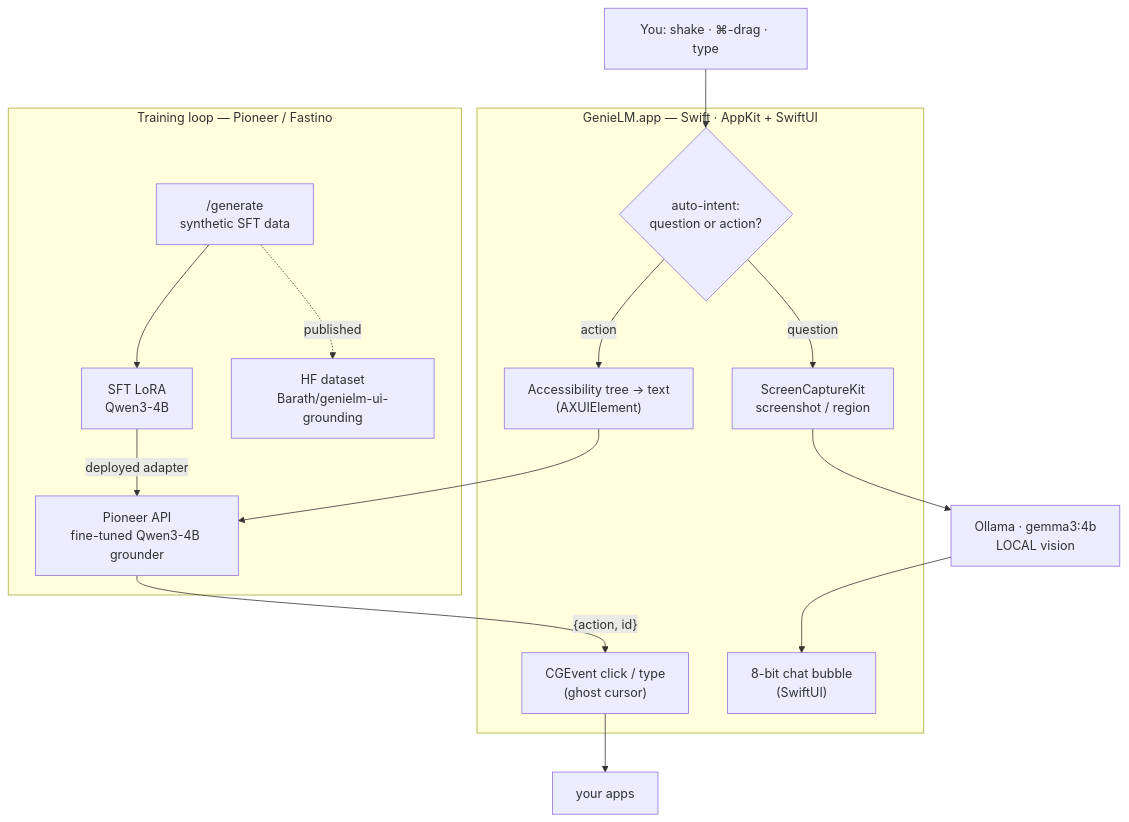
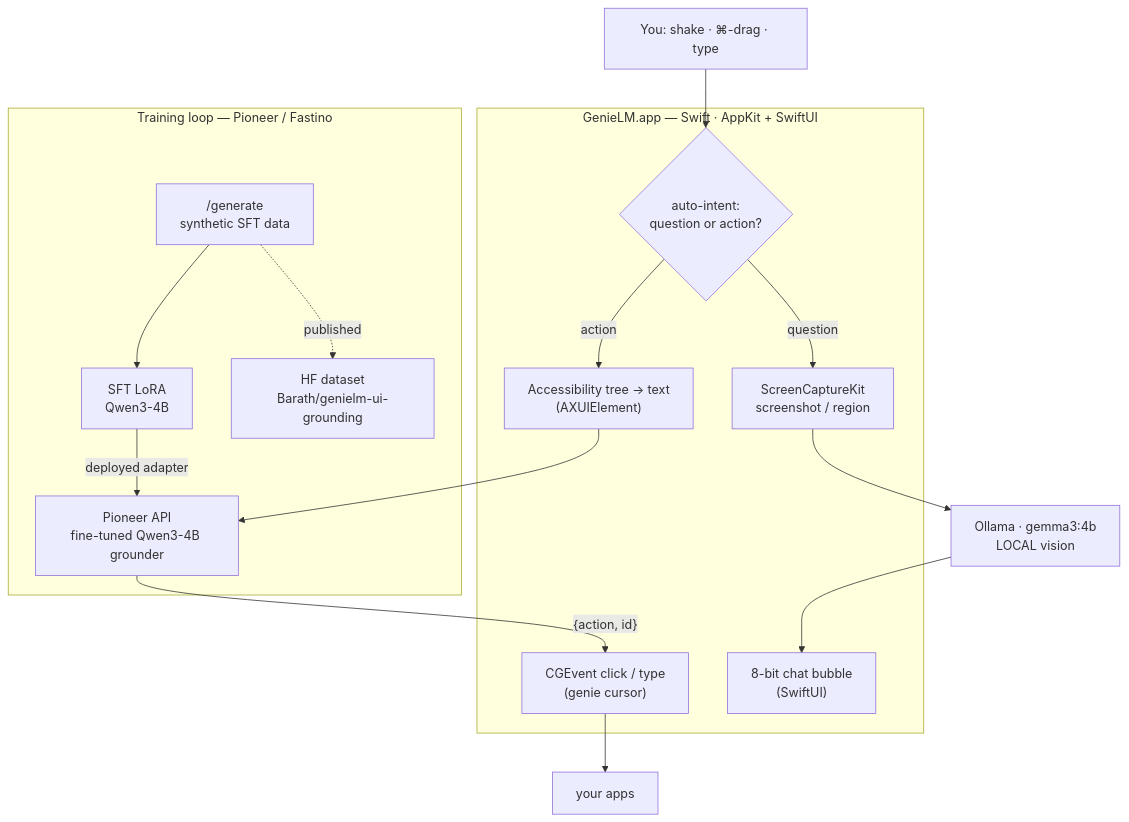
One commit to Barath19/GenieLM changed the diagram in README.md. Above: the diagram before and after it, drawn with Mermaid. The commit also changed other lines of this file and 7 other files, not shown here.

First line of the commit message:
Rename ghost cursor → genie (+ voice control via ⌘M)

````diff
--- a/README.md
+++ b/README.md
@@ -37,27 +37,27 @@
 ```mermaid
 flowchart TD
     U["You: shake · ⌘-drag · type"] --> ROUTE
 
     subgraph APP["GenieLM.app — Swift · AppKit + SwiftUI"]
         ROUTE{"auto-intent:<br/>question or action?"}
         CAP["ScreenCaptureKit<br/>screenshot / region"]
         AX["Accessibility tree → text<br/>(AXUIElement)"]
-        ACT["CGEvent click / type<br/>(ghost cursor)"]
+        ACT["CGEvent click / type<br/>(genie cursor)"]
         BUBBLE["8-bit chat bubble<br/>(SwiftUI)"]
     end
 
     ROUTE -->|question| CAP
     CAP --> GEMMA["Ollama · gemma3:4b<br/>LOCAL vision"]
     GEMMA --> BUBBLE
 
     ROUTE -->|action| AX
     AX --> PIO["Pioneer API<br/>fine-tuned Qwen3-4B grounder"]
     PIO -->|"{action, id}"| ACT
     ACT --> SCREEN["your apps"]
 
     subgraph TRAIN["Training loop — Pioneer / Fastino"]
         GEN["/generate<br/>synthetic SFT data"] --> SFT["SFT LoRA<br/>Qwen3-4B"]
         SFT -->|deployed adapter| PIO
         GEN -.->|published| HF["HF dataset<br/>Barath/genielm-ui-grounding"]
     end
 ```
````
